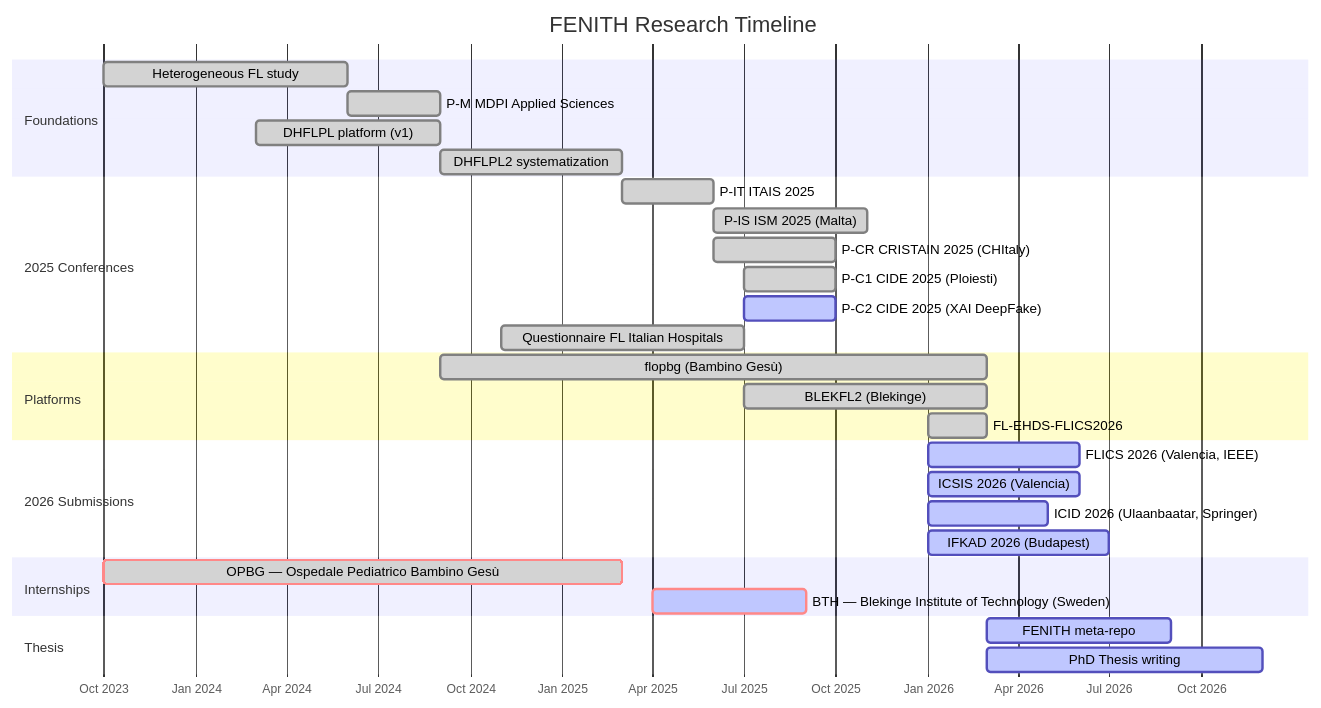
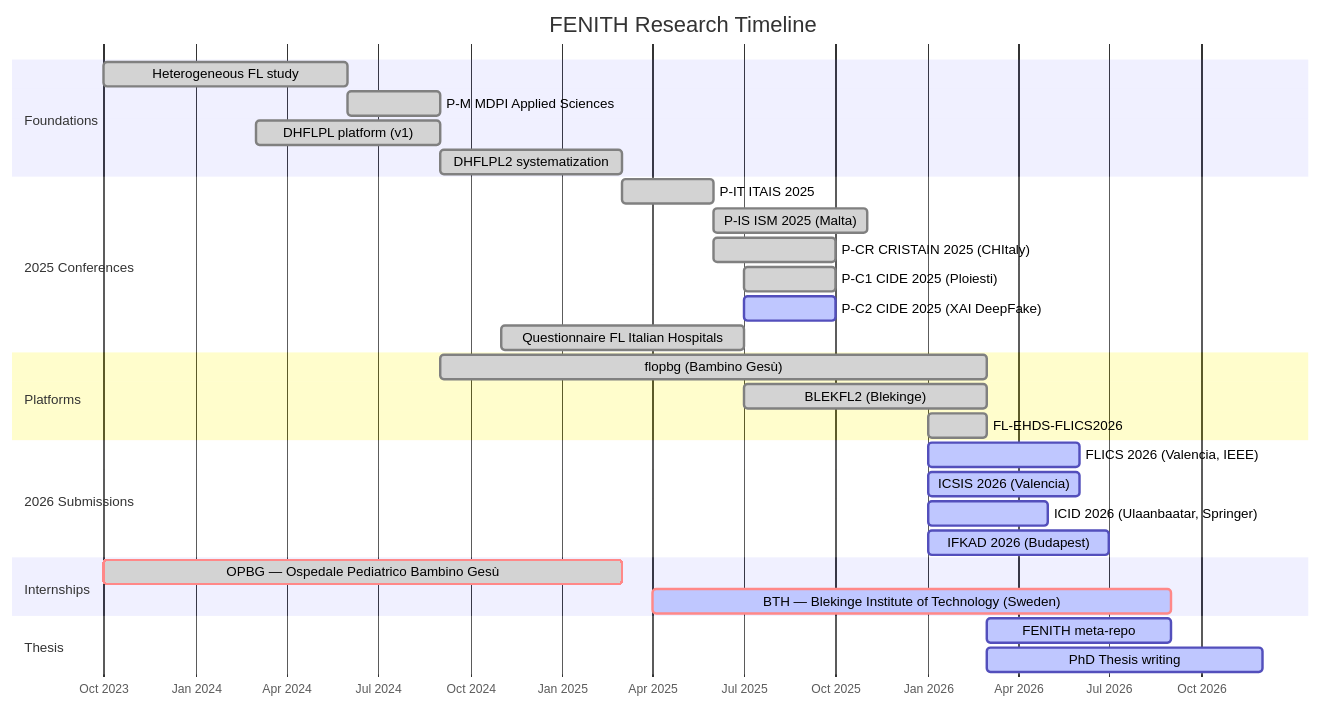
One commit to FabioLiberti/FENITH2 changed the diagram in README.md. Above: the diagram before and after it, drawn with Mermaid. The commit also changed other lines of this file, not shown here.

First line of the commit message:
v0.3.2 fix timeline dates and refactor image layout

````diff
--- a/README.md
+++ b/README.md
@@ -92,39 +124,39 @@
 ```mermaid
 gantt
     title FENITH Research Timeline
     dateFormat YYYY-MM
     axisFormat %b %Y
 
     section Foundations
     Heterogeneous FL study           :done, 2023-10, 2024-06
     P-M MDPI Applied Sciences        :done, pm, 2024-06, 2024-09
     DHFLPL platform (v1)             :done, 2024-03, 2024-09
     DHFLPL2 systematization          :done, 2024-09, 2025-03
 
     section 2025 Conferences
     P-IT ITAIS 2025                  :done, 2025-03, 2025-06
     P-IS ISM 2025 (Malta)            :done, 2025-06, 2025-11
     P-CR CRISTAIN 2025 (CHItaly)     :done, 2025-06, 2025-10
     P-C1 CIDE 2025 (Ploiesti)       :done, 2025-07, 2025-10
     P-C2 CIDE 2025 (XAI DeepFake)   :active, 2025-07, 2025-10
     Questionnaire FL Italian Hospitals :done, 2024-11, 2025-07
 
     section Platforms
     flopbg (Bambino Gesù)            :done, 2024-09, 2026-03
     BLEKFL2 (Blekinge)               :done, 2025-07, 2026-03
     FL-EHDS-FLICS2026                :done, 2026-01, 2026-03
 
     section 2026 Submissions
     FLICS 2026 (Valencia, IEEE)      :active, 2026-01, 2026-06
     ICSIS 2026 (Valencia)            :active, 2026-01, 2026-06
     ICID 2026 (Ulaanbaatar, Springer):active, 2026-01, 2026-05
     IFKAD 2026 (Budapest)            :active, 2026-01, 2026-07
 
     section Internships
     OPBG — Ospedale Pediatrico Bambino Gesù :crit, done, 2023-10, 2025-03
-    BTH — Blekinge Institute of Technology (Sweden) :crit, active, 2025-04, 2025-09
+    BTH — Blekinge Institute of Technology (Sweden) :crit, active, 2025-04, 2026-09
 
     section Thesis
     FENITH meta-repo                 :active, 2026-03, 2026-09
     PhD Thesis writing               :active, 2026-03, 2026-12
 ```
````
